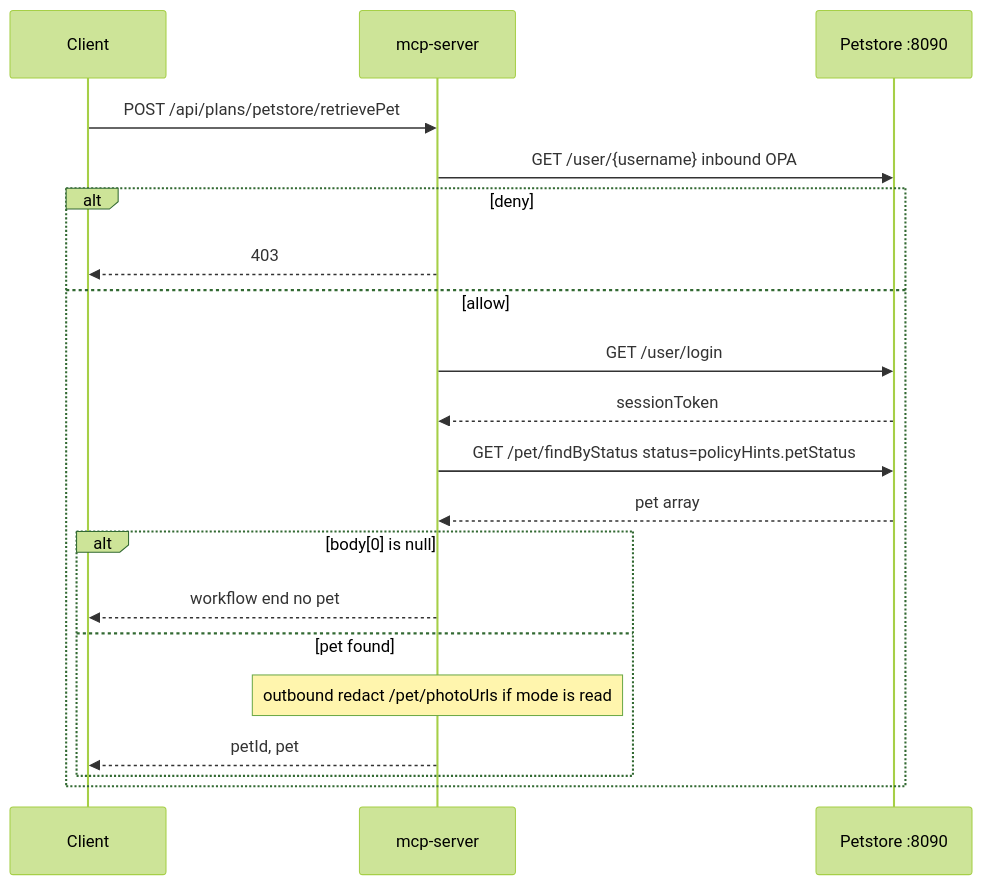
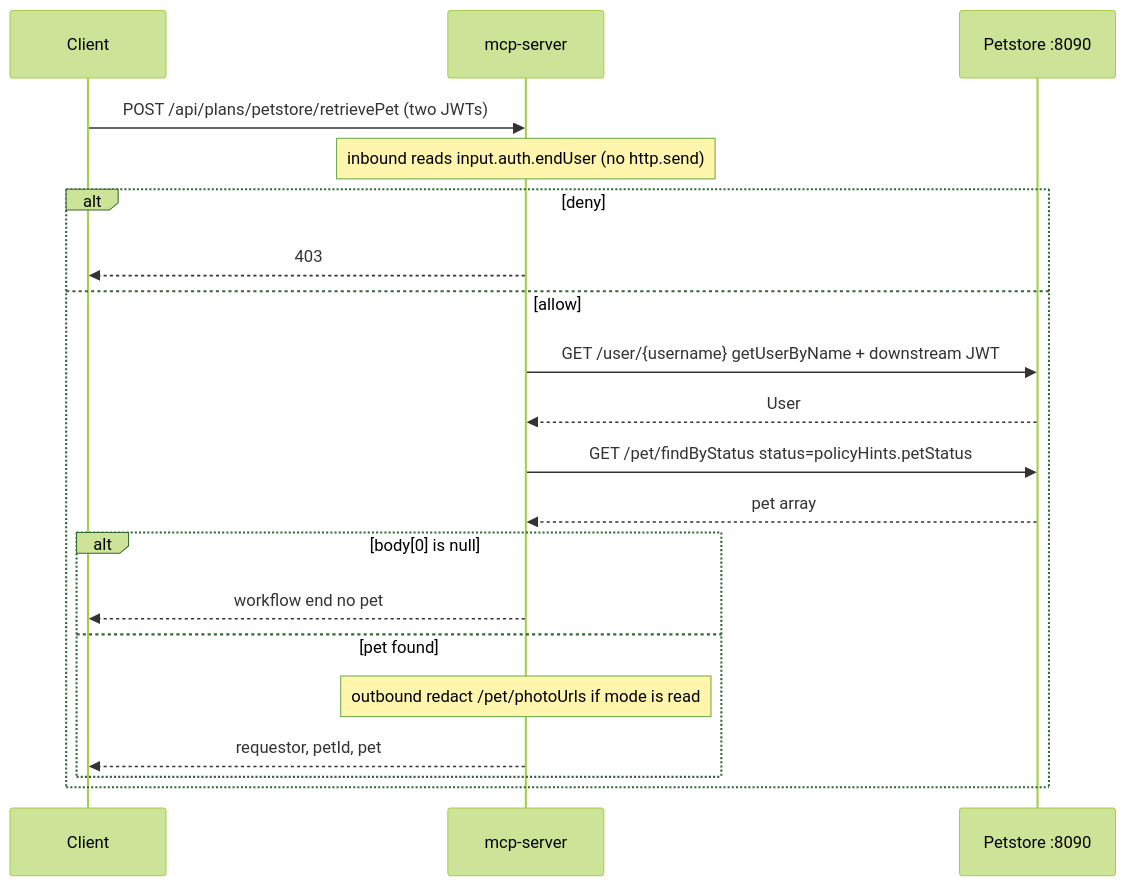
One commit to mevansam/context-mesh-engine changed the fourth of 9 diagrams in examples/petstore/README.md. Above: the diagram before and after it, drawn with Mermaid (forest theme). The commit also changed other lines of this file and 30 other files, not shown here.

````diff
--- a/examples/petstore/README.md
+++ b/examples/petstore/README.md
@@ -227,23 +263,23 @@
 ```mermaid
 sequenceDiagram
   participant C as Client
   participant H as mcp-server
   participant P as Petstore :8090
 
-  C->>H: POST /api/plans/petstore/retrievePet
-  H->>P: GET /user/{username} inbound OPA
+  C->>H: POST /api/plans/petstore/retrievePet (two JWTs)
+  Note over H: inbound reads input.auth.endUser (no http.send)
   alt deny
     H-->>C: 403
   else allow
-    H->>P: GET /user/login
-    P-->>H: sessionToken
+    H->>P: GET /user/{username} getUserByName + downstream JWT
+    P-->>H: User
     H->>P: GET /pet/findByStatus status=policyHints.petStatus
     P-->>H: pet array
     alt body[0] is null
       H-->>C: workflow end no pet
     else pet found
       Note over H: outbound redact /pet/photoUrls if mode is read
-      H-->>C: petId, pet
+      H-->>C: requestor, petId, pet
     end
   end
 ```
````
